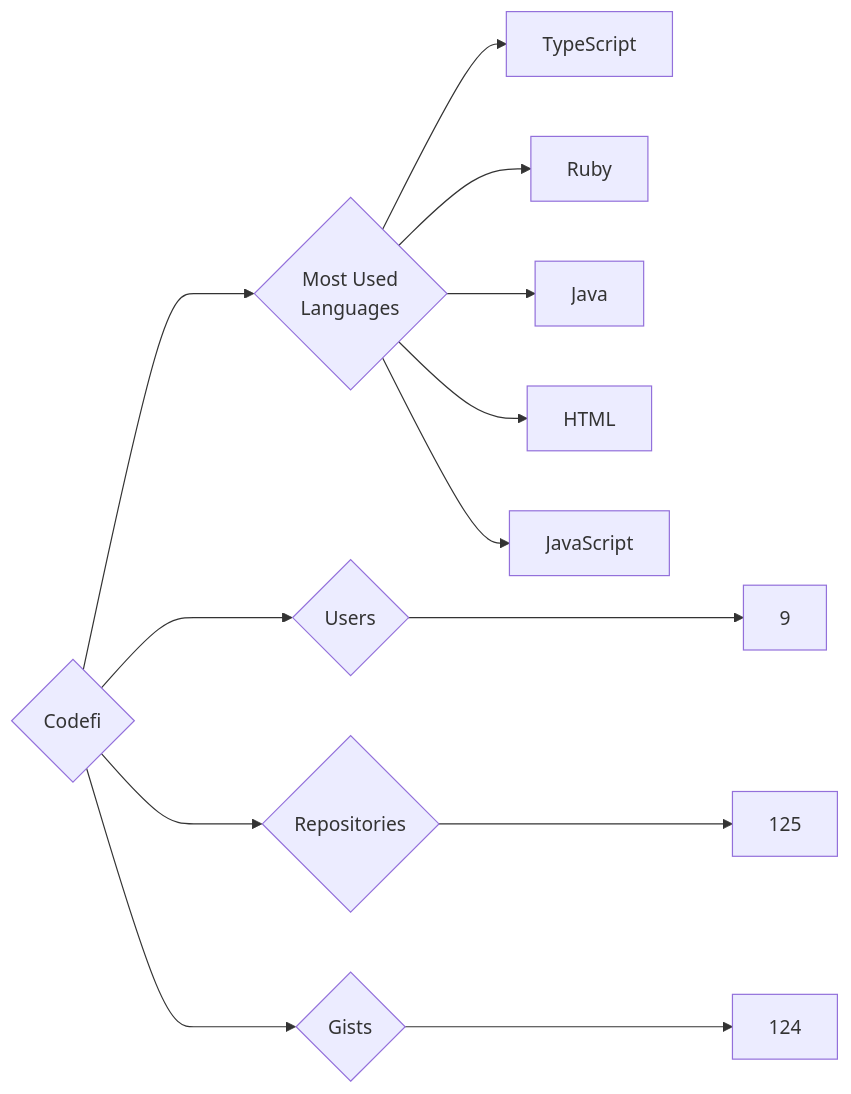
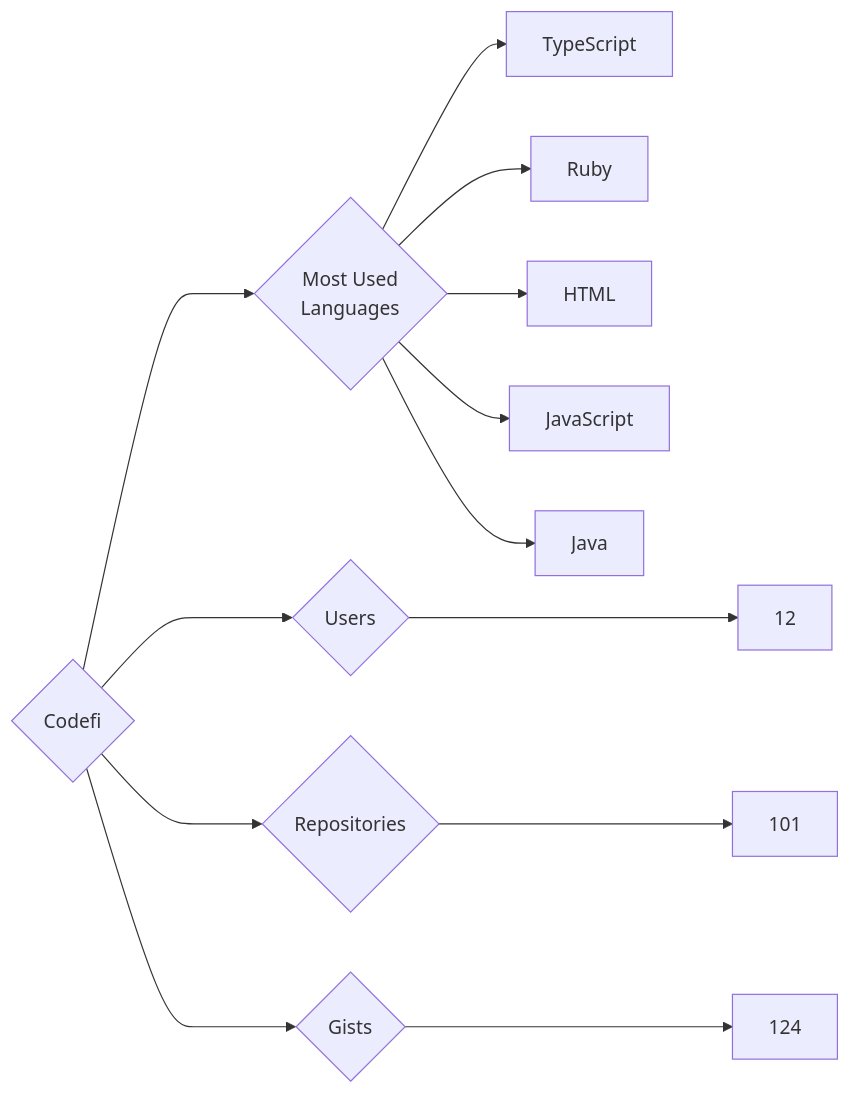
Before and after one commit to trickest/insiders: the diagram in targets/Codefi/README.md, drawn with Mermaid. The commit also changed 1141 other files, not shown here.

````diff
--- a/targets/Codefi/README.md
+++ b/targets/Codefi/README.md
@@ -3,13 +3,13 @@
 ```mermaid
 graph LR
 COMPANY_NAME{Codefi}
-COMPANY_NAME ---> U{Users} ---> UN[9]
-COMPANY_NAME ---> R{Repositories} ---> RN[125]
+COMPANY_NAME ---> U{Users} ---> UN[12]
+COMPANY_NAME ---> R{Repositories} ---> RN[101]
 COMPANY_NAME ---> G{Gists} ---> GN[124]
 COMPANY_NAME ---> ML{Most Used<br>Languages}
 ML --> TypeScript[TypeScript]
 ML --> Ruby[Ruby]
-ML --> Java[Java]
 ML --> HTML[HTML]
 ML --> JavaScript[JavaScript]
+ML --> Java[Java]
 ```
````
